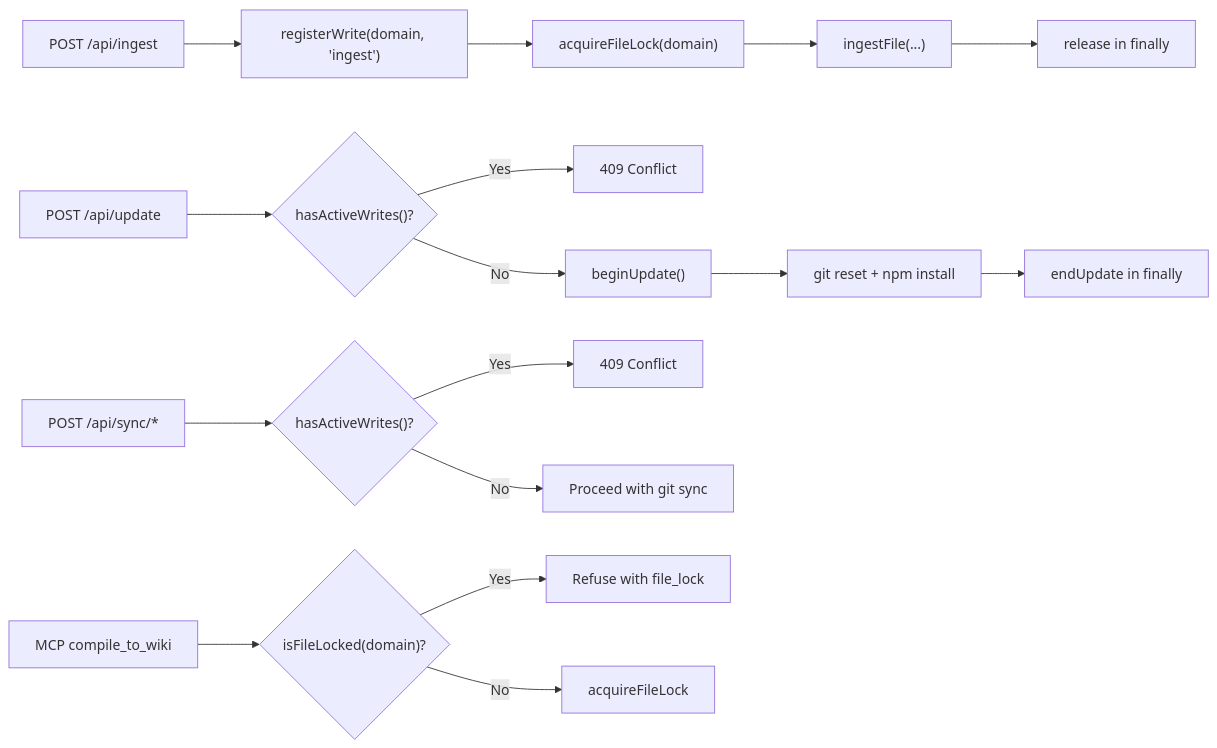
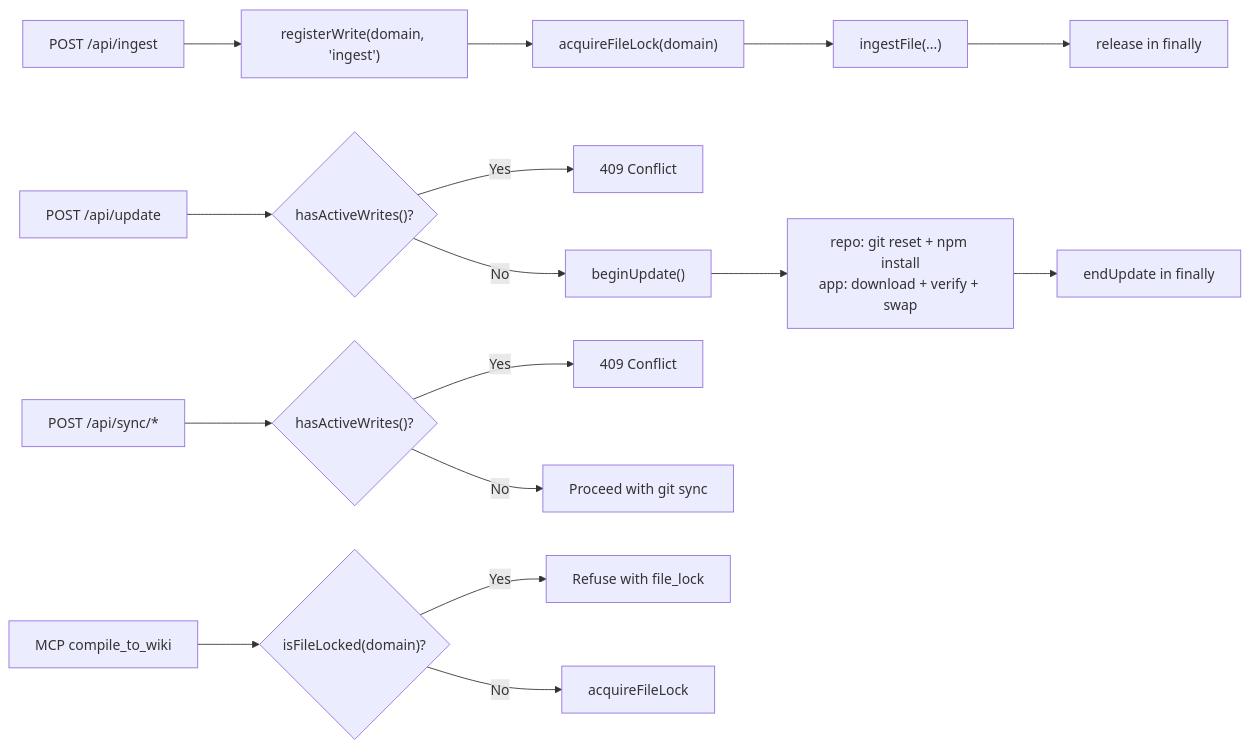
The fifth of 7 diagrams in docs/ingestion-pipeline.md (talirezun/the-curator), drawn with Mermaid before and after one commit. The commit also changed 17 other files, not shown here.

````diff
--- a/docs/ingestion-pipeline.md
+++ b/docs/ingestion-pipeline.md
@@ -406,21 +406,21 @@
 ```mermaid
 flowchart LR
     A[POST /api/ingest] --> A1[registerWrite&lpar;domain, 'ingest'&rpar;]
     A1 --> A2[acquireFileLock&lpar;domain&rpar;]
     A2 --> A3[ingestFile&lpar;...&rpar;]
     A3 --> A4[release in finally]
 
     B[POST /api/update] --> B1{hasActiveWrites&lpar;&rpar;?}
     B1 -- Yes --> B2[409 Conflict]
     B1 -- No --> B3[beginUpdate&lpar;&rpar;]
-    B3 --> B4[git reset + npm install]
+    B3 --> B4[repo: git reset + npm install<br/>app: download + verify + swap]
     B4 --> B5[endUpdate in finally]
 
     C[POST /api/sync/*] --> C1{hasActiveWrites&lpar;&rpar;?}
     C1 -- Yes --> C2[409 Conflict]
     C1 -- No --> C3[Proceed with git sync]
 
     D[MCP compile_to_wiki] --> D1{isFileLocked&lpar;domain&rpar;?}
     D1 -- Yes --> D2[Refuse with file_lock]
     D1 -- No --> D3[acquireFileLock]
 ```
````
